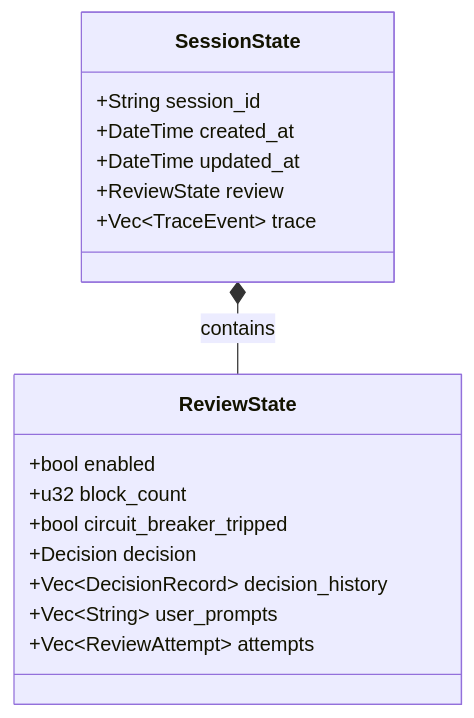
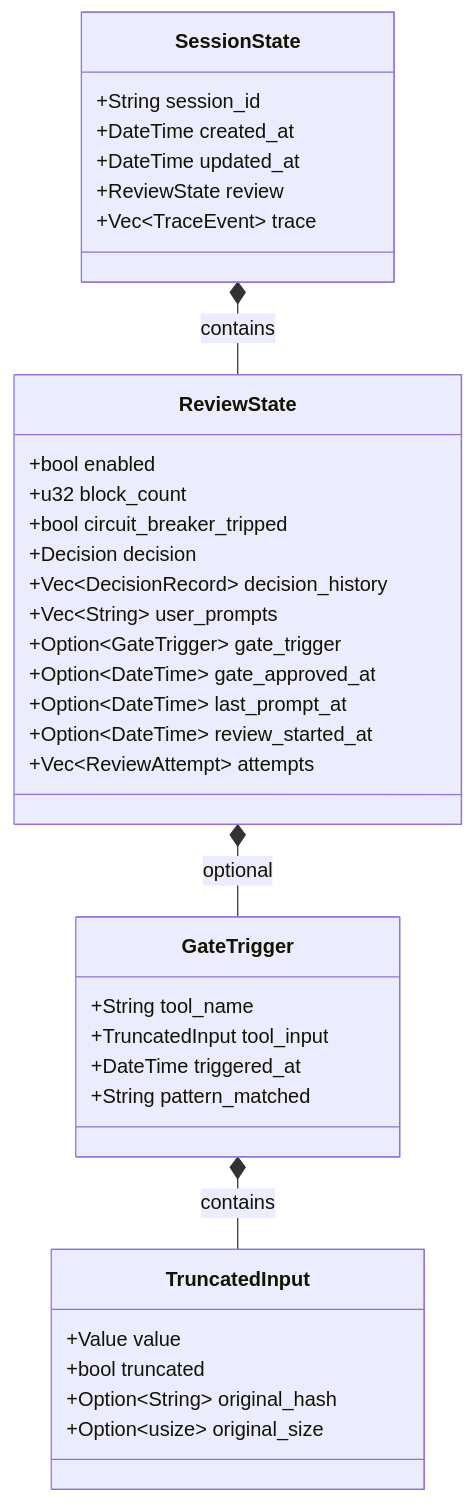
The second of 10 diagrams in design/01-architecture.md (bivory/roz), drawn with Mermaid before and after one commit. The commit also changed other lines of this file and 2 other files, not shown here.

Commit message:
Cleaned up design and made all design docs concordant

````diff
--- a/design/01-architecture.md
+++ b/design/01-architecture.md
@@ -66,22 +66,42 @@
 ```mermaid
 classDiagram
     class SessionState {
         +String session_id
         +DateTime created_at
         +DateTime updated_at
         +ReviewState review
         +Vec~TraceEvent~ trace
     }
 
     class ReviewState {
         +bool enabled
         +u32 block_count
         +bool circuit_breaker_tripped
         +Decision decision
         +Vec~DecisionRecord~ decision_history
         +Vec~String~ user_prompts
+        +Option~GateTrigger~ gate_trigger
+        +Option~DateTime~ gate_approved_at
+        +Option~DateTime~ last_prompt_at
+        +Option~DateTime~ review_started_at
         +Vec~ReviewAttempt~ attempts
     }
 
+    class GateTrigger {
+        +String tool_name
+        +TruncatedInput tool_input
+        +DateTime triggered_at
+        +String pattern_matched
+    }
+
+    class TruncatedInput {
+        +Value value
+        +bool truncated
+        +Option~String~ original_hash
+        +Option~usize~ original_size
+    }
+
     SessionState *-- ReviewState : contains
+    ReviewState *-- GateTrigger : optional
+    GateTrigger *-- TruncatedInput : contains
 ```
````
